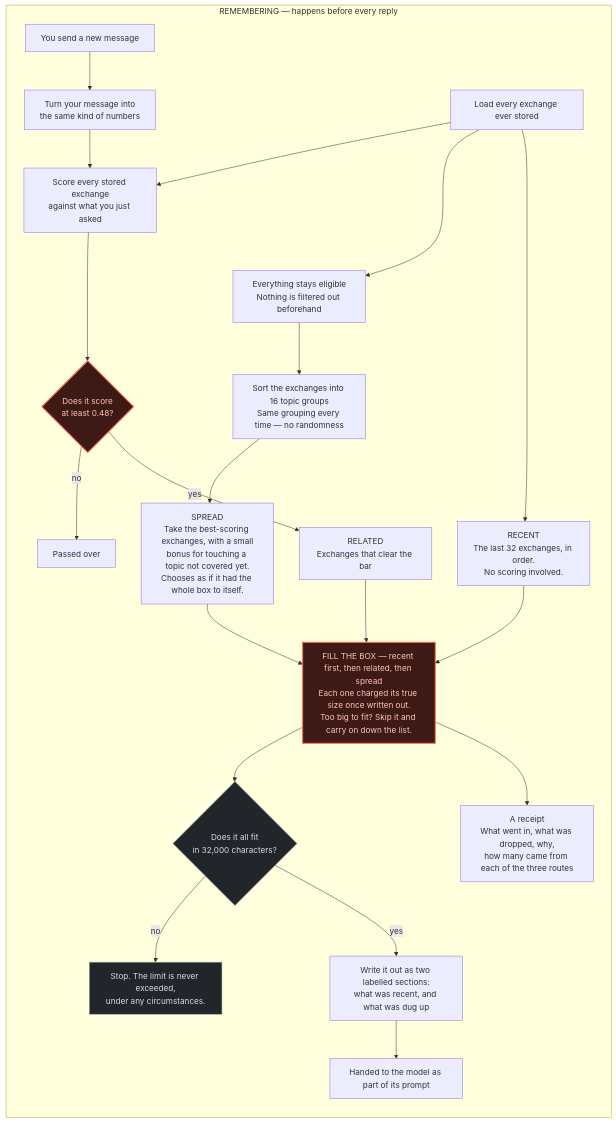
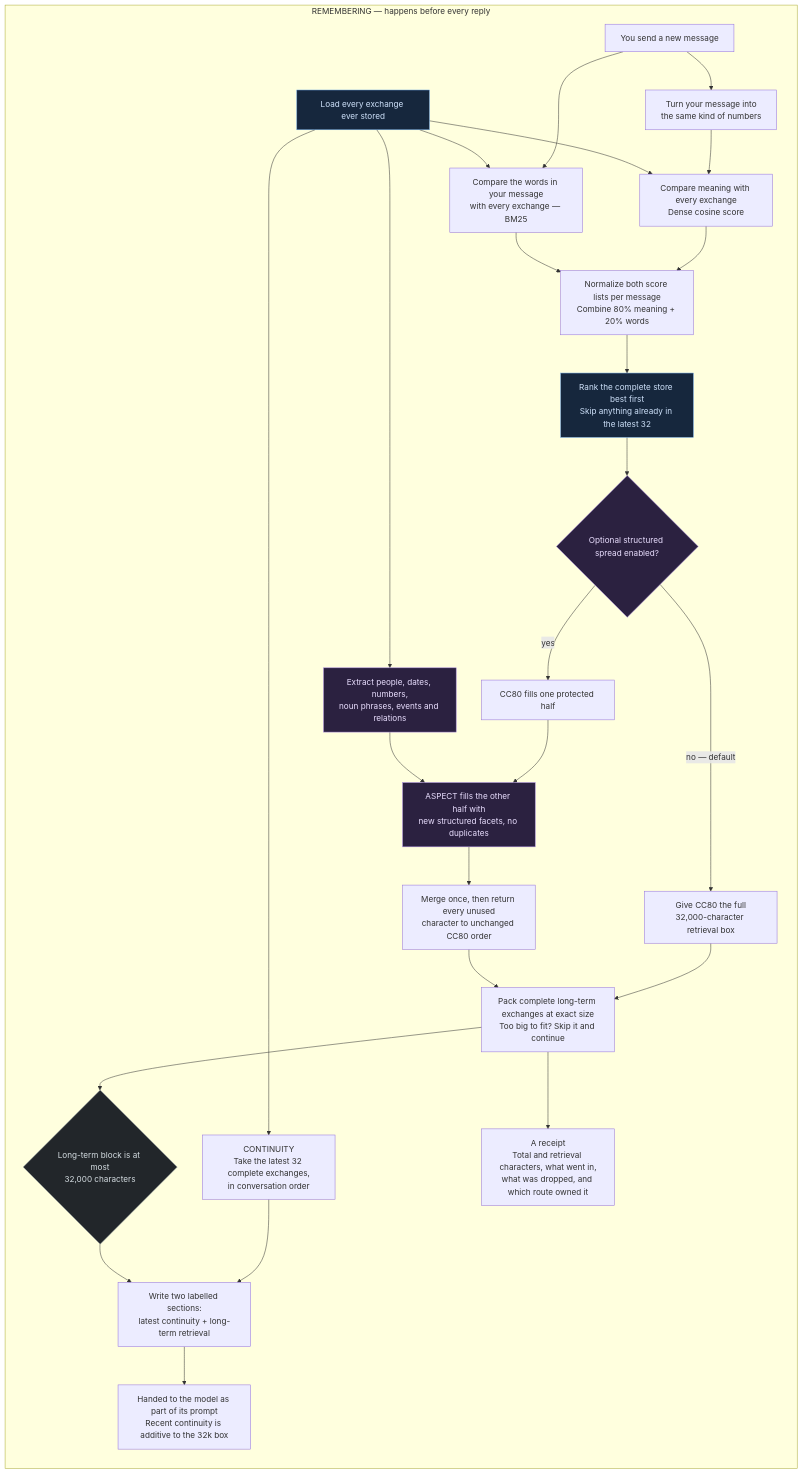
One commit to IdrisAppliedAIResearch/contextDecayWindow changed the diagram in docs/diagrams/how_it_works_remembering.mmd. Above: the diagram before and after it, drawn with Mermaid. The commit also changed 19 other files, not shown here.

```diff
--- a/docs/diagrams/how_it_works_remembering.mmd
+++ b/docs/diagrams/how_it_works_remembering.mmd
@@ -1,38 +1,42 @@
 flowchart TD
 
     subgraph READ["REMEMBERING — happens before every reply"]
         direction TB
         Q["You send a new message"] --> QE["Turn your message into<br/>the same kind of numbers"]
         ALL["Load every exchange ever stored"]
-        QE --> REL["Score every stored exchange<br/>against what you just asked"]
-        ALL --> REL
 
-        REL --> KTEST{"Does it score<br/>at least 0.48?"}
-        ALL --> POOL["Everything stays eligible<br/>Nothing is filtered out beforehand"]
-        REL ~~~ POOL
+        ALL --> RECENT["CONTINUITY<br/>Take the latest 32 complete exchanges,<br/>in conversation order"]
+        QE --> DENSE["Compare meaning with every exchange<br/>Dense cosine score"]
+        ALL --> DENSE
+        Q --> BM25["Compare the words in your message<br/>with every exchange — BM25"]
+        ALL --> BM25
 
-        KTEST -->|"no"| KDROP["Passed over"]
-        POOL --> CLUST["Sort the exchanges into 16 topic groups<br/>Same grouping every time — no randomness"]
+        DENSE --> FUSE["Normalize both score lists per message<br/>Combine 80% meaning + 20% words"]
+        BM25 --> FUSE
+        FUSE --> RANK["Rank the complete store best first<br/>Skip anything already in the latest 32"]
 
-        ALL --> TIERN["RECENT<br/>The last 32 exchanges, in order.<br/>No scoring involved."]
-        KTEST -->|"yes"| TIERK["RELATED<br/>Exchanges that clear the bar"]
-        CLUST --> A3["SPREAD<br/>Take the best-scoring exchanges, with a small<br/>bonus for touching a topic not covered yet.<br/>Chooses as if it had the whole box to itself."]
-        CLUST ~~~ TIERN
-        CLUST ~~~ TIERK
+        RANK --> FLAG{"Optional structured spread enabled?"}
+        FLAG -->|"no — default"| FULL["Give CC80 the full<br/>32,000-character retrieval box"]
+        FLAG -->|"yes"| SEM["CC80 fills one protected half"]
+        ALL --> FACETS["Extract people, dates, numbers,<br/>noun phrases, events and relations"]
+        SEM --> ASPECT["ASPECT fills the other half with<br/>new structured facets, no duplicates"]
+        FACETS --> ASPECT
+        ASPECT --> RETURN["Merge once, then return every unused<br/>character to unchanged CC80 order"]
 
-        TIERN --> PACK
-        TIERK --> PACK
-        A3 --> PACK["FILL THE BOX — recent first, then related, then spread<br/>Each one charged its true size once written out.<br/>Too big to fit? Skip it and carry on down the list."]
+        FULL --> PACK["Pack complete long-term exchanges at exact size<br/>Too big to fit? Skip it and continue"]
+        RETURN --> PACK
+        PACK --> CEIL{"Long-term block is at most<br/>32,000 characters"}
 
-        PACK --> CEIL{"Does it all fit<br/>in 32,000 characters?"}
-        CEIL -->|"no"| ERR["Stop. The limit is never exceeded,<br/>under any circumstances."]
-        CEIL -->|"yes"| RENDER["Write it out as two labelled sections:<br/>what was recent, and what was dug up"]
-        RENDER --> OUT["Handed to the model as part of its prompt"]
-        PACK --> REP["A receipt<br/>What went in, what was dropped, why,<br/>how many came from each of the three routes"]
+        RECENT --> RENDER["Write two labelled sections:<br/>latest continuity + long-term retrieval"]
+        CEIL --> RENDER
+        RENDER --> OUT["Handed to the model as part of its prompt<br/>Recent continuity is additive to the 32k box"]
+        PACK --> REP["A receipt<br/>Total and retrieval characters, what went in,<br/>what was dropped, and which route owned it"]
     end
 
-    classDef broken fill:#3d1a15,stroke:#ff6b52,stroke-width:2px,color:#ffc4b8;
+    classDef store fill:#16273d,stroke:#6aa2e0,color:#cfe2fb;
+    classDef optional fill:#2b2140,stroke:#a98adf,color:#eadfff;
     classDef guard fill:#22262a,stroke:#9aa5ab,color:#d5dde2;
 
-    class KTEST,PACK broken;
-    class CEIL,ERR guard;
+    class ALL,RANK store;
+    class FLAG,FACETS,ASPECT optional;
+    class CEIL guard;
```
